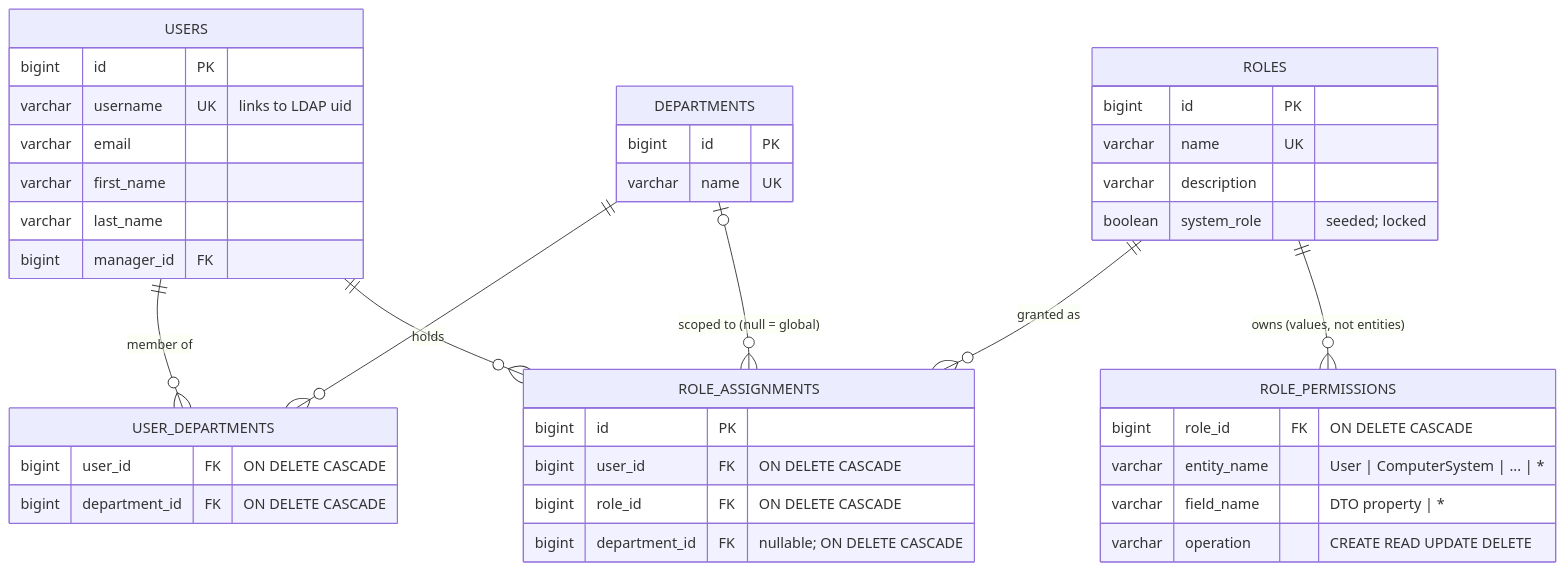
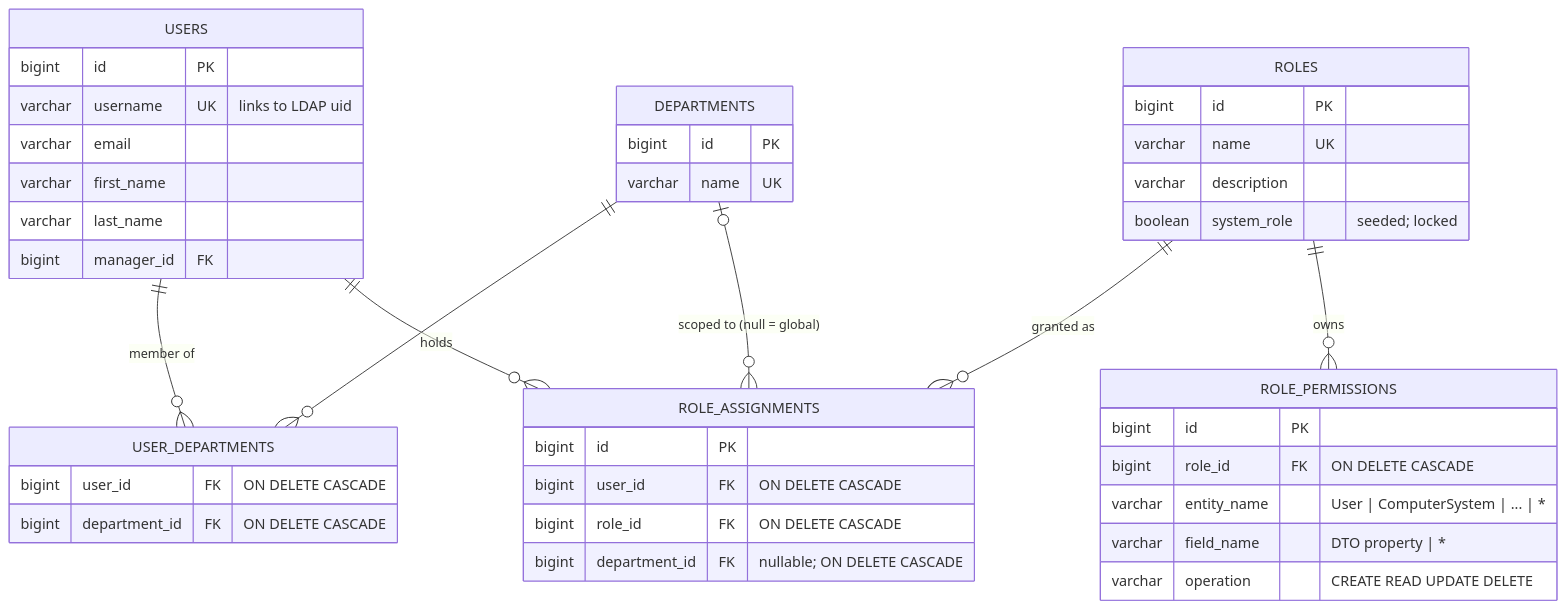
One commit to vancefm/api-demo changed the second of 8 diagrams in docs/rbac.md. Above: the diagram before and after it, drawn with Mermaid. The commit also changed other lines of this file and 8 other files, not shown here.

````diff
--- a/docs/rbac.md
+++ b/docs/rbac.md
@@ -95,44 +95,45 @@
 ```mermaid
 erDiagram
     USERS ||--o{ USER_DEPARTMENTS : "member of"
     DEPARTMENTS ||--o{ USER_DEPARTMENTS : ""
     USERS ||--o{ ROLE_ASSIGNMENTS : "holds"
     ROLES ||--o{ ROLE_ASSIGNMENTS : "granted as"
     DEPARTMENTS |o--o{ ROLE_ASSIGNMENTS : "scoped to (null = global)"
-    ROLES ||--o{ ROLE_PERMISSIONS : "owns (values, not entities)"
+    ROLES ||--o{ ROLE_PERMISSIONS : "owns"
 
     USERS {
         bigint id PK
         varchar username UK "links to LDAP uid"
         varchar email
         varchar first_name
         varchar last_name
         bigint manager_id FK
     }
     ROLES {
         bigint id PK
         varchar name UK
         varchar description
         boolean system_role "seeded; locked"
     }
     ROLE_PERMISSIONS {
+        bigint id PK
         bigint role_id FK "ON DELETE CASCADE"
         varchar entity_name "User | ComputerSystem | ... | *"
         varchar field_name "DTO property | *"
         varchar operation "CREATE READ UPDATE DELETE"
     }
     ROLE_ASSIGNMENTS {
         bigint id PK
         bigint user_id FK "ON DELETE CASCADE"
         bigint role_id FK "ON DELETE CASCADE"
         bigint department_id FK "nullable; ON DELETE CASCADE"
     }
     DEPARTMENTS {
         bigint id PK
         varchar name UK
     }
     USER_DEPARTMENTS {
         bigint user_id FK "ON DELETE CASCADE"
         bigint department_id FK "ON DELETE CASCADE"
     }
 ```
````
